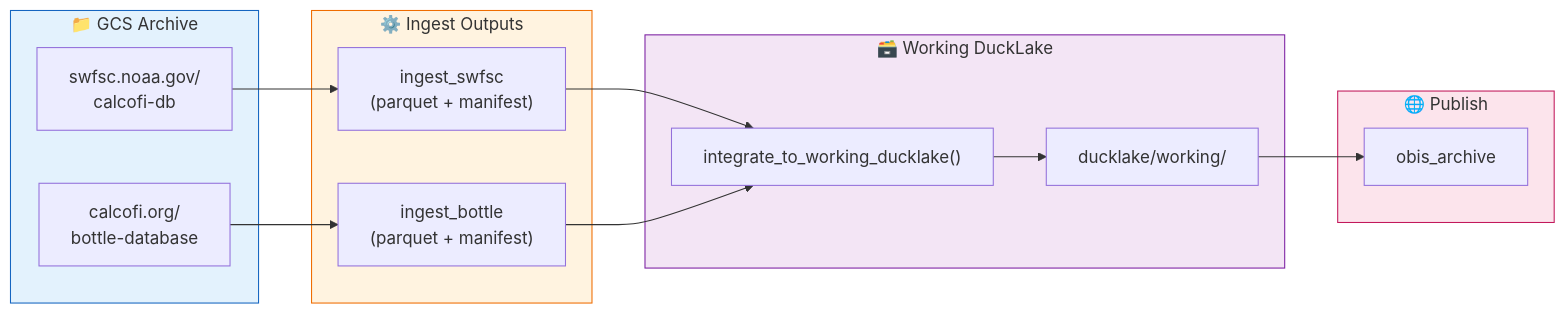
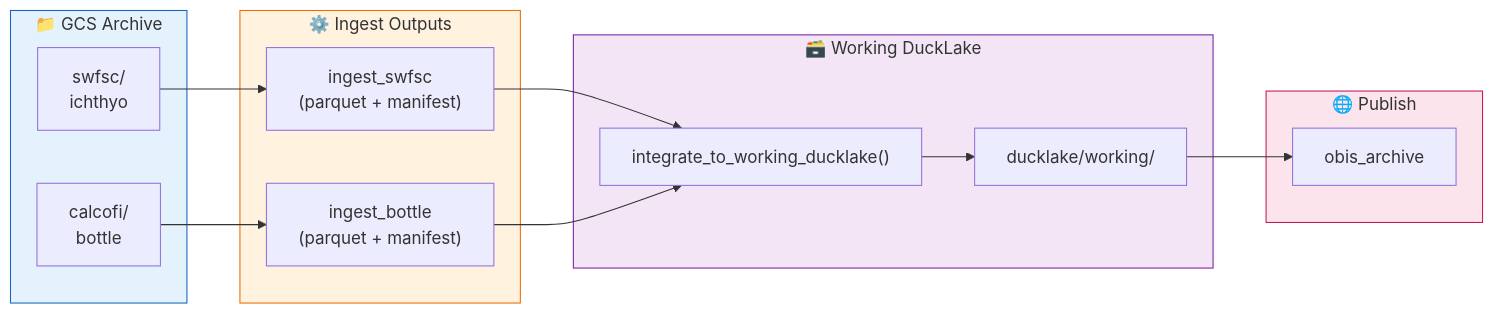
The eighth of 9 diagrams in README_PLAN.qmd (CalCOFI/workflows), drawn with Mermaid before and after one commit. The commit also changed other lines of this file and 155 other files, not shown here.

Commit message:
ingest_swfsc_icthyo|calcofi_bottle|calcofi_ctd-cast|.qmd -> release_database.qmd

````diff
--- a/README_PLAN.qmd
+++ b/README_PLAN.qmd
@@ -1420,38 +1435,38 @@
 ```{mermaid}
 %%| label: fig-targets
 %%| fig-cap: "targets Pipeline Dependency Graph"
 
 flowchart LR
     subgraph archive["📁 GCS Archive"]
-        archive_swfsc["swfsc.noaa.gov/<br/>calcofi-db"]
-        archive_bottle["calcofi.org/<br/>bottle-database"]
+        archive_swfsc["swfsc/<br/>ichthyo"]
+        archive_bottle["calcofi/<br/>bottle"]
     end
 
     subgraph ingest["⚙️ Ingest Outputs"]
         ingest_swfsc["ingest_swfsc<br/>(parquet + manifest)"]
         ingest_bottle["ingest_bottle<br/>(parquet + manifest)"]
     end
 
     subgraph database["🗃️ Working DuckLake"]
         integrate["integrate_to_working_ducklake()"]
         ducklake["ducklake/working/"]
     end
 
     subgraph publish["🌐 Publish"]
         obis_archive
     end
 
     archive_swfsc --> ingest_swfsc
     archive_bottle --> ingest_bottle
 
     ingest_swfsc --> integrate
     ingest_bottle --> integrate
 
     integrate --> ducklake
     ducklake --> obis_archive
 
     style archive fill:#e3f2fd,stroke:#1565c0
     style ingest fill:#fff3e0,stroke:#ef6c00
     style database fill:#f3e5f5,stroke:#7b1fa2
     style publish fill:#fce4ec,stroke:#c2185b
 ```
````
